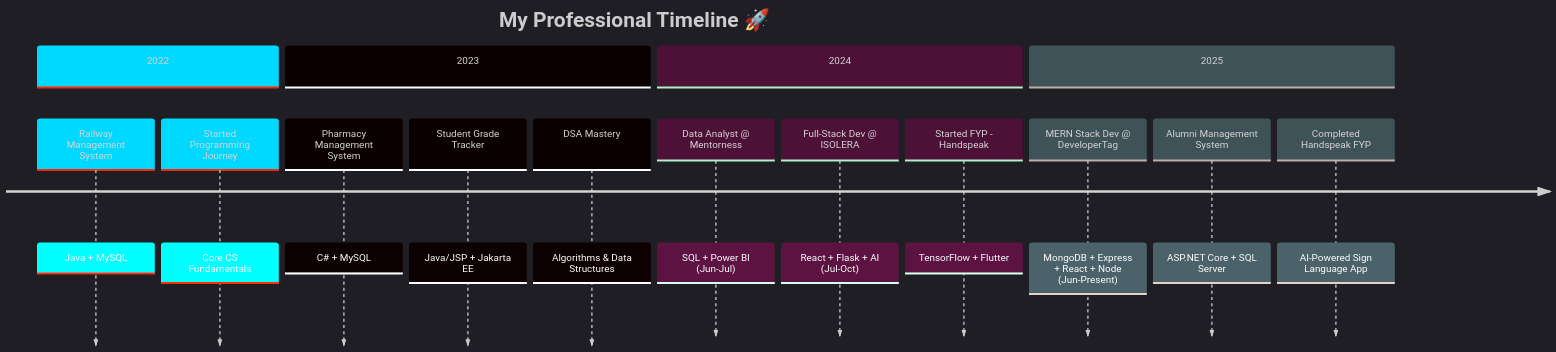
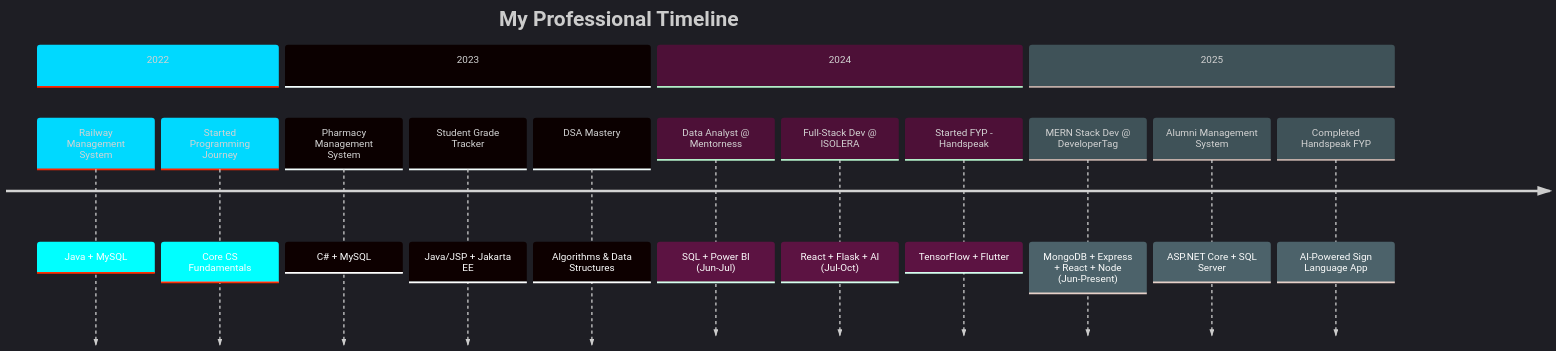
The diagram in README.md (MuhammadZain243/MuhammadZain243), drawn with Mermaid before and after one commit. The commit also changed other lines of this file, not shown here.

````diff
--- a/README.md
+++ b/README.md
@@ -367,24 +367,24 @@
 ```mermaid
 %%{init: {'theme': 'dark', 'themeVariables': { 'primaryColor': '#00D9FF', 'primaryTextColor': '#fff', 'primaryBorderColor': '#00D9FF', 'lineColor': '#6C63FF', 'secondaryColor': '#0D1117', 'tertiaryColor': '#0D1117'}}}%%
 timeline
-    title My Professional Timeline 🚀
+    title My Professional Timeline 
     
     section 2022
         Railway Management System : Java + MySQL
         Started Programming Journey : Core CS Fundamentals
     
     section 2023
         Pharmacy Management System : C# + MySQL
         Student Grade Tracker : Java/JSP + Jakarta EE
         DSA Mastery : Algorithms & Data Structures
     
     section 2024
         Data Analyst @ Mentorness : SQL + Power BI (Jun-Jul)
         Full-Stack Dev @ ISOLERA : React + Flask + AI (Jul-Oct)
         Started FYP - Handspeak : TensorFlow + Flutter
     
     section 2025
         MERN Stack Dev @ DeveloperTag : MongoDB + Express + React + Node (Jun-Present)
         Alumni Management System : ASP.NET Core + SQL Server
         Completed Handspeak FYP : AI-Powered Sign Language App
 ```
````
